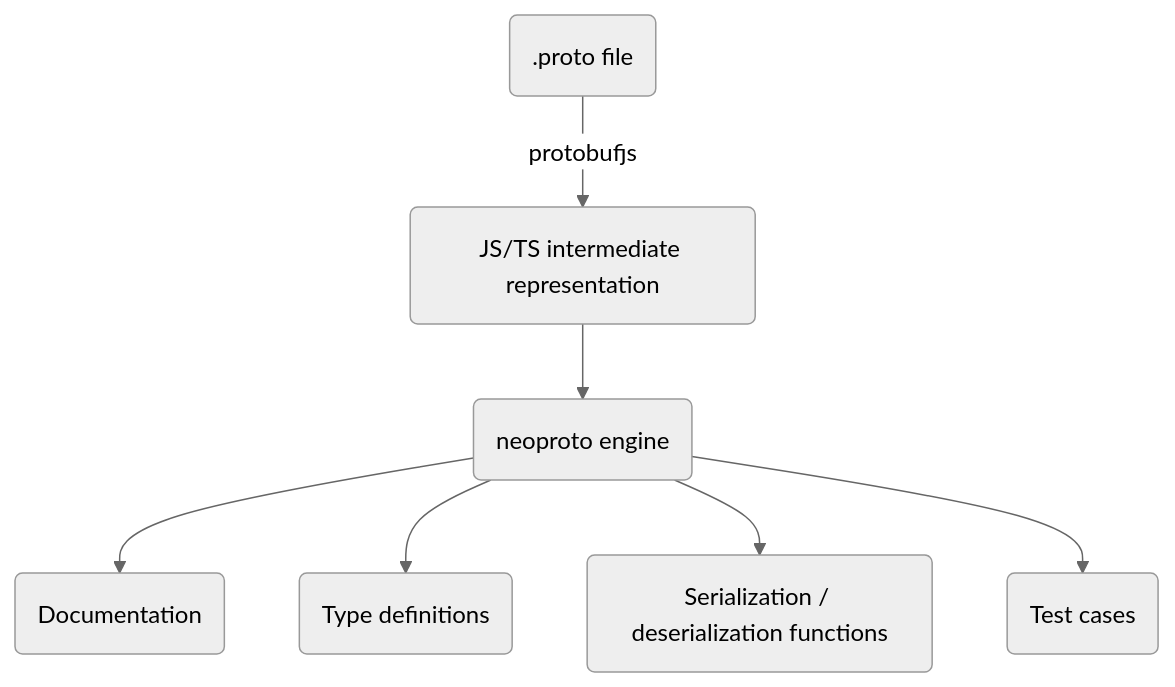
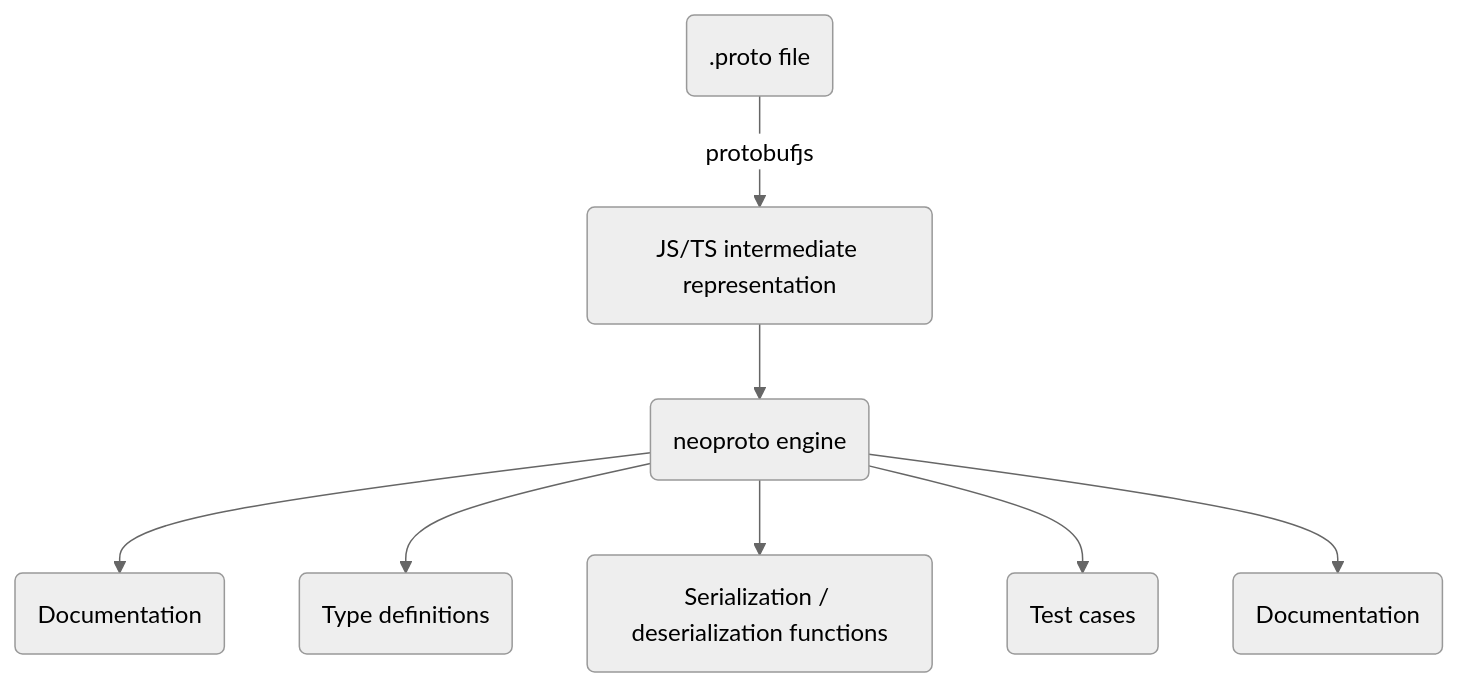
The diagram in doc/diagram.md (kollinmurphy/neoproto), drawn with Mermaid (neutral theme) before and after one commit. The commit also changed 16 other files, not shown here.

````diff
--- a/doc/diagram.md
+++ b/doc/diagram.md
@@ -1,9 +1,10 @@
 ```mermaid
 graph TD
     input(.proto file) -- protobufjs --> ir(JS/TS intermediate representation)
     ir --> neo(neoproto engine)
     neo --> H(Documentation)
     neo --> D(Type definitions)
     neo --> E(Serialization / deserialization functions)
     neo --> G(Test cases)
+    neo --> F(Documentation)
 ```
````
